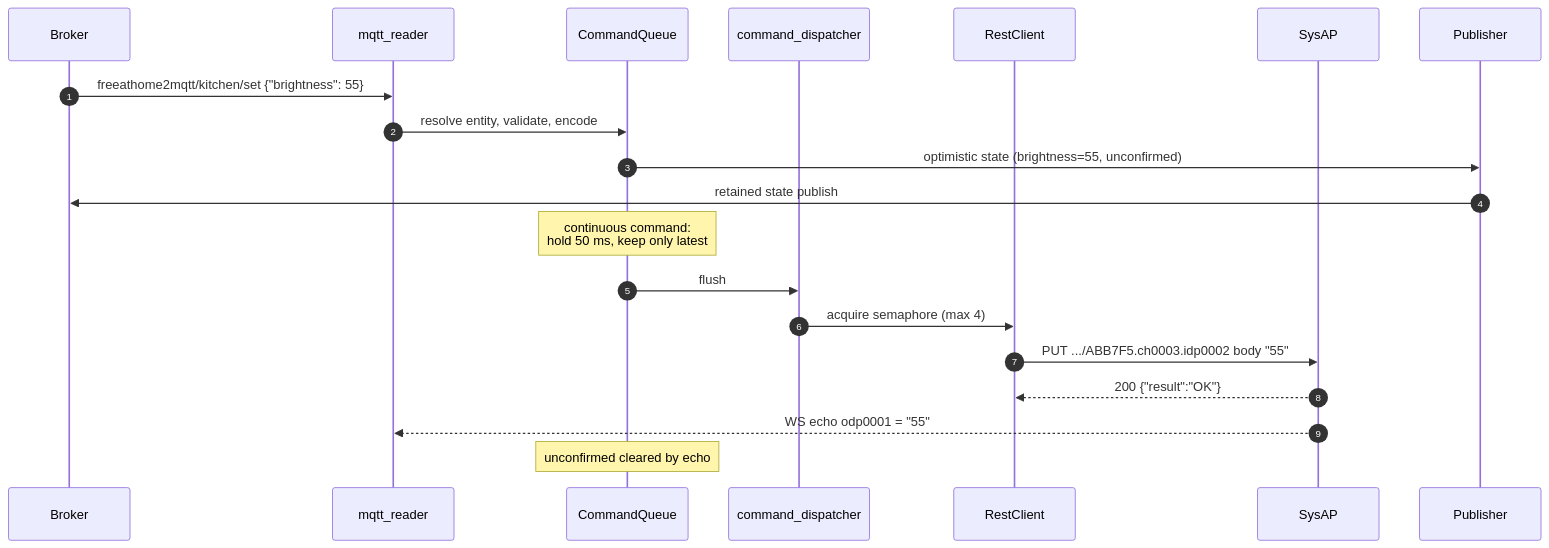
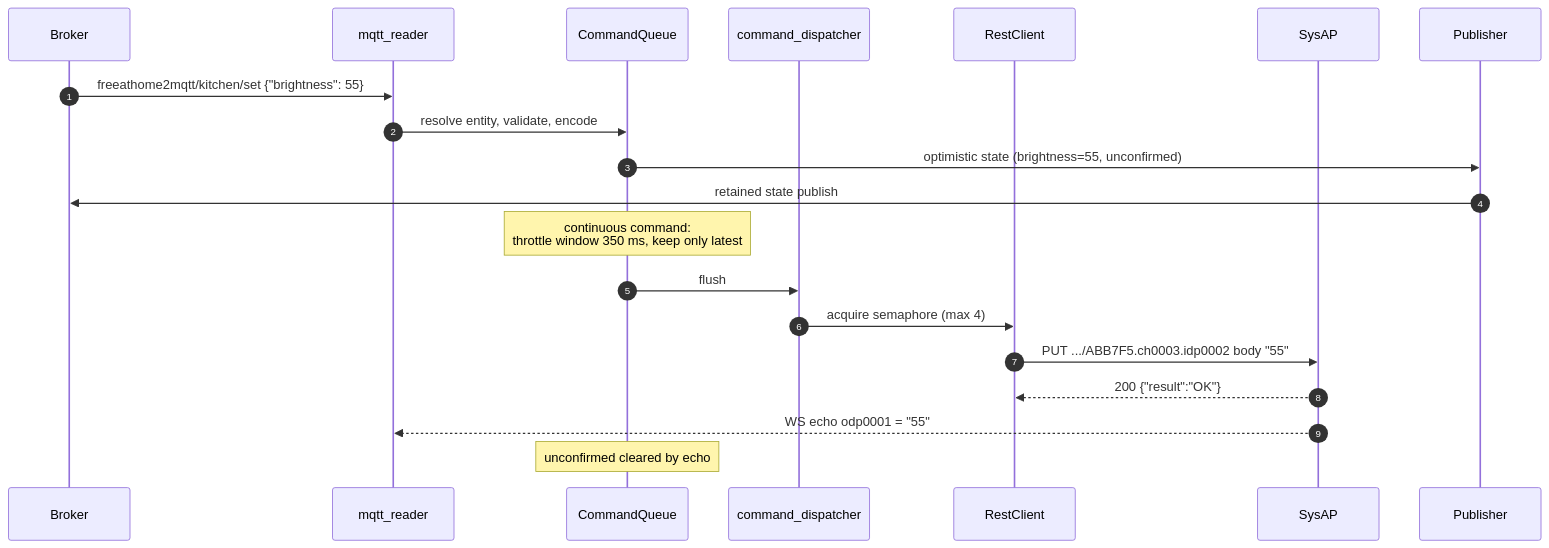
The second of 2 diagrams in docs/02-architecture.md (Steelnight/freeathome2mqtt), drawn with Mermaid before and after one commit. The commit also changed other lines of this file and 8 other files, not shown here.

````diff
--- a/docs/02-architecture.md
+++ b/docs/02-architecture.md
@@ -242,23 +242,23 @@
 ```mermaid
 sequenceDiagram
     autonumber
     participant B as Broker
     participant M as mqtt_reader
     participant C as CommandQueue
     participant D as command_dispatcher
     participant R as RestClient
     participant S as SysAP
     participant P as Publisher
 
     B->>M: freeathome2mqtt/kitchen/set  {"brightness": 55}
     M->>C: resolve entity, validate, encode
     C->>P: optimistic state (brightness=55, unconfirmed)
     P->>B: retained state publish
-    Note over C: continuous command:<br/>hold 50 ms, keep only latest
+    Note over C: continuous command:<br/>throttle window 350 ms, keep only latest
     C->>D: flush
     D->>R: acquire semaphore (max 4)
     R->>S: PUT .../ABB7F5.ch0003.idp0002  body "55"
     S-->>R: 200 {"result":"OK"}
     S-->>M: WS echo odp0001 = "55"
     Note over C: unconfirmed cleared by echo
 ```
````
